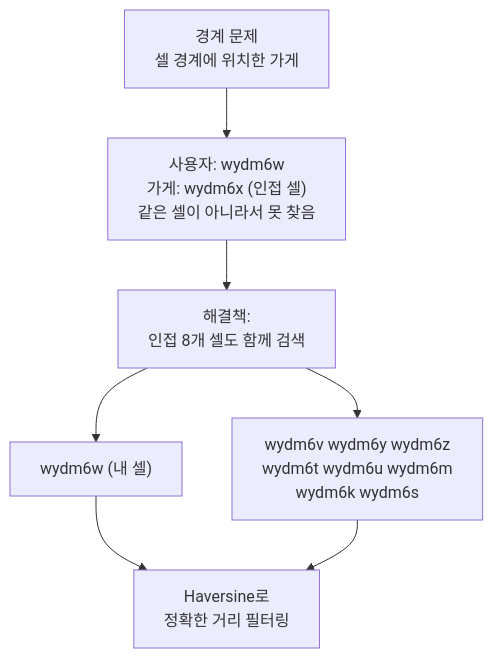
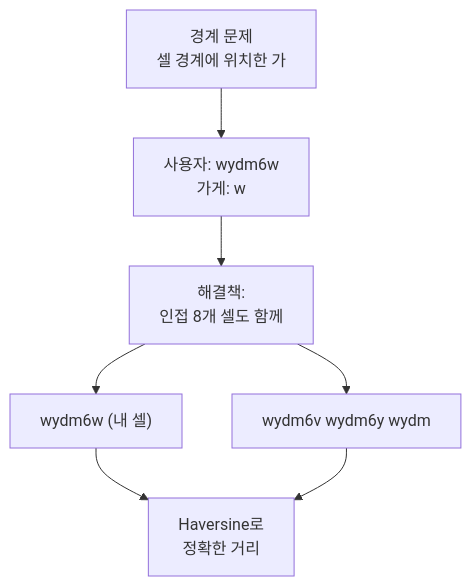
The second of 9 diagrams in _posts/systemdesign/2026-05-03-system-design-location.md (yjkim2015/yjkim2015.github.io), drawn with Mermaid before and after one commit. The commit also changed other lines of this file and 271 other files, not shown here.

First line of the commit message:
Mermaid 라벨 축소: 긴 노드 텍스트 18자 이하로 트림 + \n 제거

````diff
--- a/_posts/systemdesign/2026-05-03-system-design-location.md
+++ b/_posts/systemdesign/2026-05-03-system-design-location.md
@@ -147,10 +147,10 @@
 ```mermaid
 graph TD
-    Problem["경계 문제\n셀 경계에 위치한 가게"]
-    Problem --> Ex["사용자: wydm6w\n가게: wydm6x (인접 셀)\n같은 셀이 아니라서 못 찾음"]
-    Ex --> Sol["해결책:\n인접 8개 셀도 함께 검색"]
+    Problem["경계 문제\n셀 경계에 위치한 가"]
+    Problem --> Ex["사용자: wydm6w\n가게: w"]
+    Ex --> Sol["해결책:\n인접 8개 셀도 함께"]
     Sol --> N["wydm6w (내 셀)"]
-    Sol --> Adj["wydm6v wydm6y wydm6z\nwydm6t wydm6u wydm6m\nwydm6k wydm6s"]
-    N --> Filter["Haversine로\n정확한 거리 필터링"]
+    Sol --> Adj["wydm6v wydm6y wydm"]
+    N --> Filter["Haversine로\n정확한 거리"]
     Adj --> Filter
 ```
````
